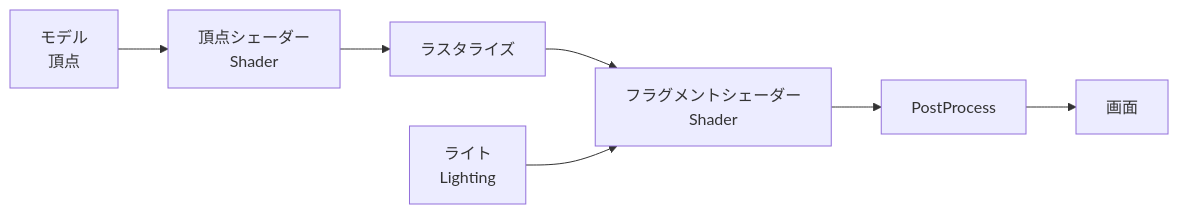
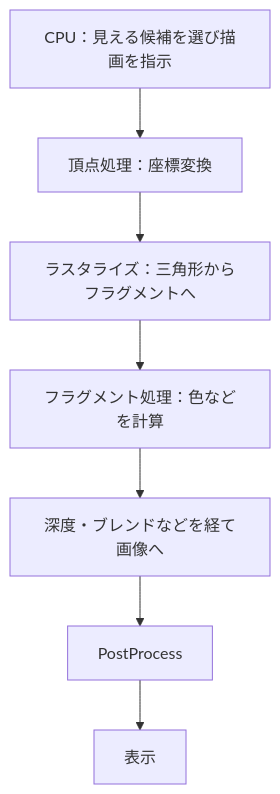
One commit to M-634/unity-game-dev-advance-docs.github.io changed the diagram in docs/lessons/s3-graphics/srp.md. Above: the diagram before and after it, drawn with Mermaid. The commit also changed other lines of this file and 5 other files, not shown here.

````diff
--- a/docs/lessons/s3-graphics/srp.md
+++ b/docs/lessons/s3-graphics/srp.md
@@ -24,9 +20,9 @@
 ```mermaid
-flowchart LR
-    M["モデル<br>頂点"] --> V["頂点シェーダー<br>Shader"]
-    V --> R["ラスタライズ"]
-    R --> F["フラグメントシェーダー<br>Shader"]
-    L["ライト<br>Lighting"] --> F
-    F --> P["PostProcess"]
-    P --> S["画面"]
+flowchart TD
+    C["CPU：見える候補を選び描画を指示"] --> V["頂点処理：座標変換"]
+    V --> R["ラスタライズ：三角形からフラグメントへ"]
+    R --> F["フラグメント処理：色などを計算"]
+    F --> Z["深度・ブレンドなどを経て画像へ"]
+    Z --> P["PostProcess"]
+    P --> S["表示"]
 ```
````
